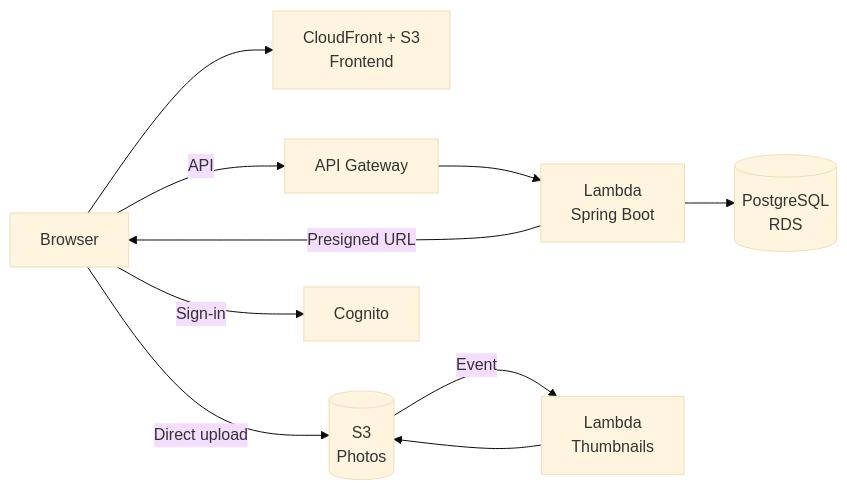
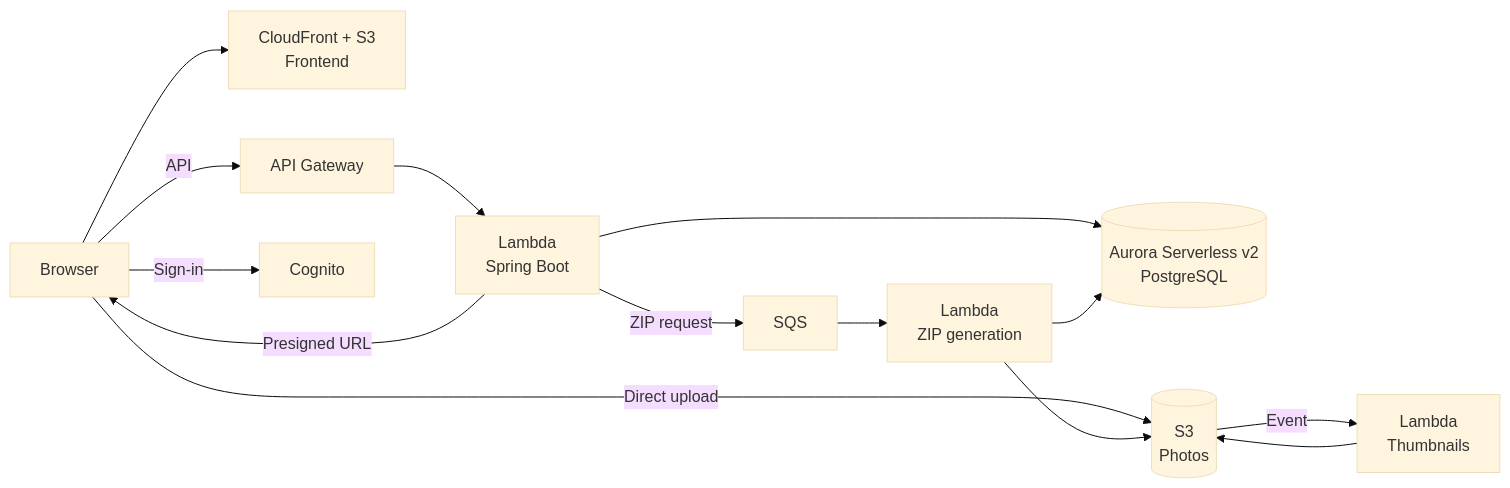
The diagram in README.md (Eduard20CR/2026-pictures-pov-app), drawn with Mermaid (base theme) before and after one commit. The commit also changed other lines of this file and 7 other files, not shown here.

````diff
--- a/README.md
+++ b/README.md
@@ -62,12 +62,16 @@
 ```mermaid
 flowchart LR
     U[Browser] --> CF[CloudFront + S3<br/>Frontend]
     U -->|API| APIGW[API Gateway]
     APIGW --> L[Lambda<br/>Spring Boot]
-    L --> DB[(PostgreSQL<br/>RDS)]
+    L --> DB[(Aurora Serverless v2<br/>PostgreSQL)]
     L -->|Presigned URL| U
     U -->|Direct upload| S3[(S3<br/>Photos)]
     S3 -->|Event| T[Lambda<br/>Thumbnails]
     T --> S3
+    L -->|ZIP request| Q[SQS]
+    Q --> Z[Lambda<br/>ZIP generation]
+    Z --> S3
+    Z --> DB
     U -->|Sign-in| COG[Cognito]
 ```
````
